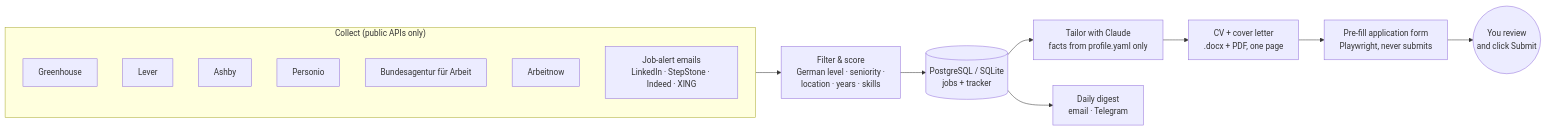
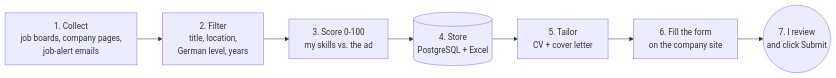
One commit to Nandavits/Job-hunter changed the diagram in README.md. Above: the diagram before and after it, drawn with Mermaid. The commit also changed other lines of this file, not shown here.

Commit message:
README: rewritten in plain steps (how it works, sources, scoring, start, apply, cloud, structure)

````diff
--- a/README.md
+++ b/README.md
@@ -7,19 +11,9 @@
 ```mermaid
 flowchart LR
-    subgraph Sources["Collect (public APIs only)"]
-        GH[Greenhouse]
-        LV[Lever]
-        AB[Ashby]
-        PE[Personio]
-        BA[Bundesagentur für Arbeit]
-        AN[Arbeitnow]
-        EM[Job-alert emails<br/>LinkedIn · StepStone · Indeed · XING]
-    end
-    Sources --> F[Filter & score<br/>German level · seniority ·<br/>location · years · skills]
-    F --> DB[(PostgreSQL / SQLite<br/>jobs + tracker)]
-    DB --> T[Tailor with Claude<br/>facts from profile.yaml only]
-    T --> D[CV + cover letter<br/>.docx + PDF, one page]
-    DB --> N[Daily digest<br/>email · Telegram]
-    D --> A[Pre-fill application form<br/>Playwright, never submits]
-    A --> YOU((You review<br/>and click Submit))
+    S[1. Collect<br/>job boards, company pages,<br/>job-alert emails] --> F[2. Filter<br/>title, location,<br/>German level, years]
+    F --> SC[3. Score 0-100<br/>my skills vs. the ad]
+    SC --> DB[(4. Store<br/>PostgreSQL + Excel)]
+    DB --> T[5. Tailor<br/>CV + cover letter]
+    T --> A[6. Fill the form<br/>on the company site]
+    A --> ME((7. I review<br/>and click Submit))
 ```
````
